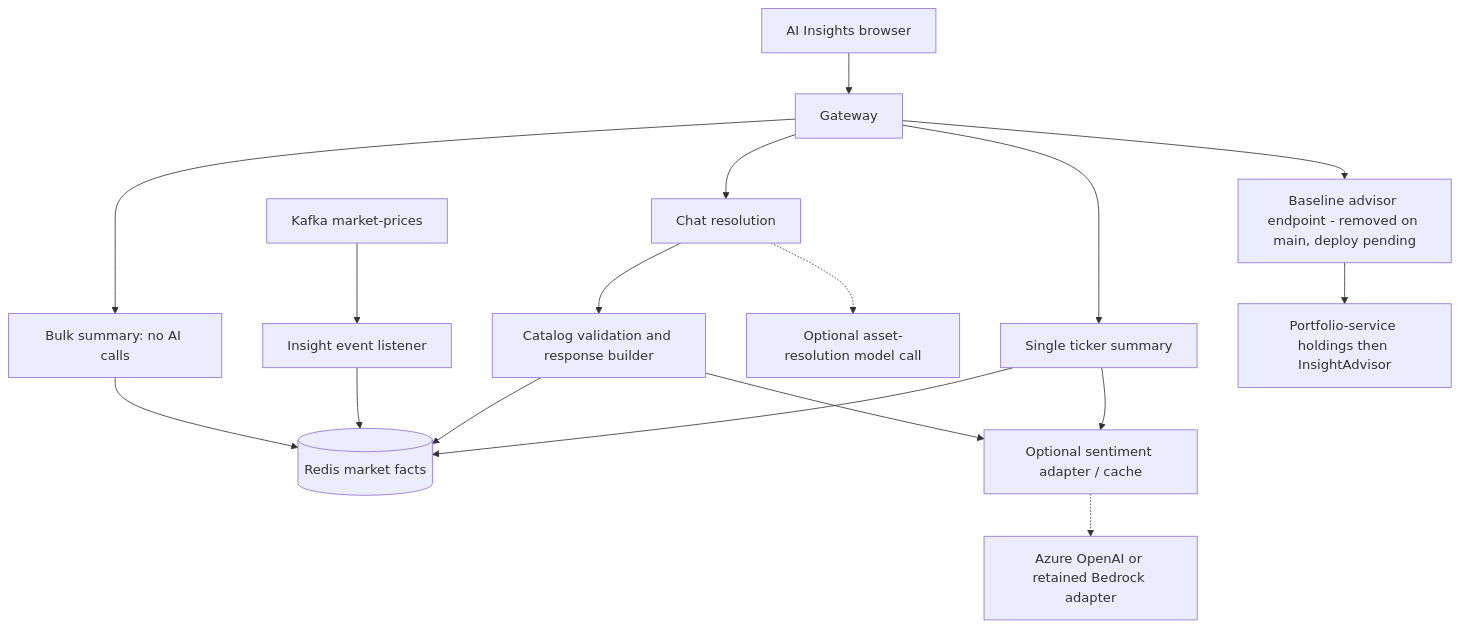
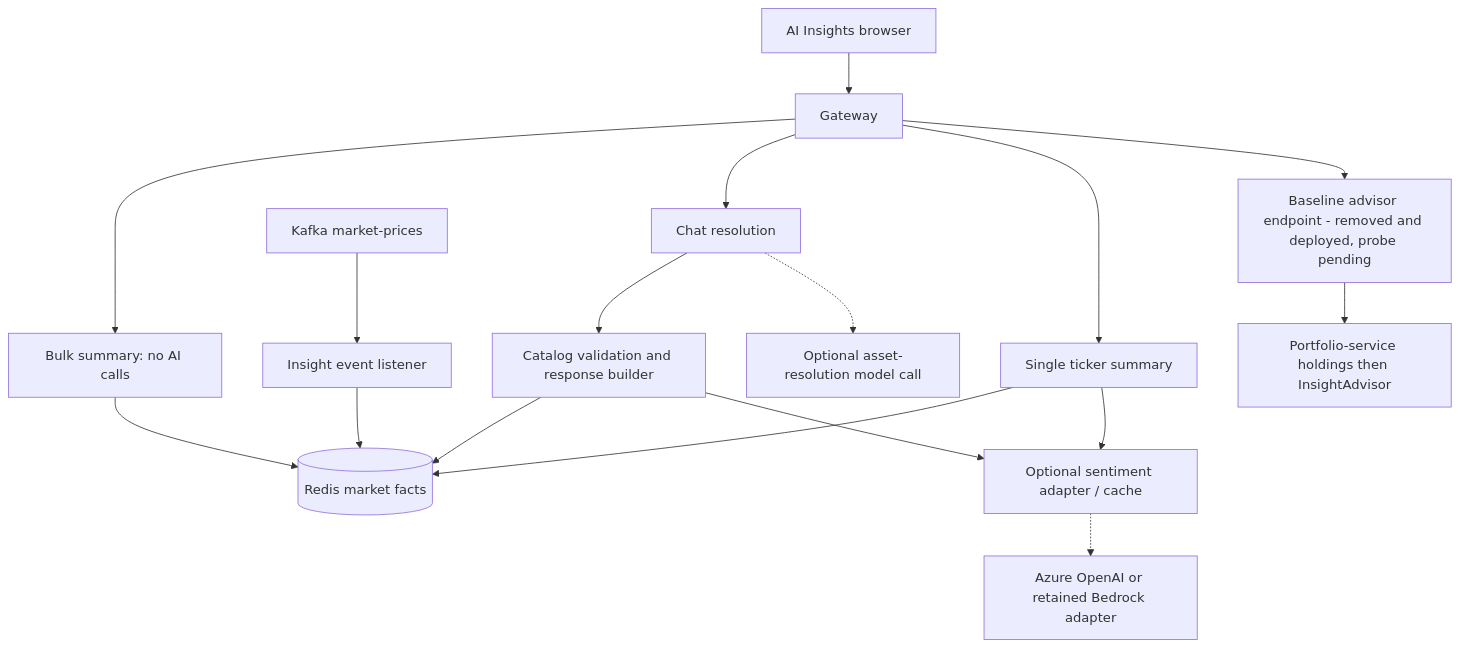
The diagram in docs/e2e-flows/insight-service-e2e.md (vibhanshu-agarwal/wealthmgmtandportfoliotracker), drawn with Mermaid before and after one commit. The commit also changed other lines of this file and 5 other files, not shown here.

Commit message:
docs: record advisor scoped deployment and pending probe

````diff
--- a/docs/e2e-flows/insight-service-e2e.md
+++ b/docs/e2e-flows/insight-service-e2e.md
@@ -164,19 +165,19 @@
 ```mermaid
 flowchart TD
     B[AI Insights browser] --> G[Gateway]
     G --> S[Bulk summary: no AI calls]
     G --> C[Chat resolution]
     G --> T[Single ticker summary]
     S --> R[(Redis market facts)]
     C --> V[Catalog validation and response builder]
     V --> R
     V --> A[Optional sentiment adapter / cache]
     T --> R
     T --> A
     C -.-> L[Optional asset-resolution model call]
     A -.-> O[Azure OpenAI or retained Bedrock adapter]
     K[Kafka market-prices] --> E[Insight event listener]
     E --> R
-    G --> P[Baseline advisor endpoint - removed on main, deploy pending]
+    G --> P[Baseline advisor endpoint - removed and deployed, probe pending]
     P --> H[Portfolio-service holdings then InsightAdvisor]
 ```
````
